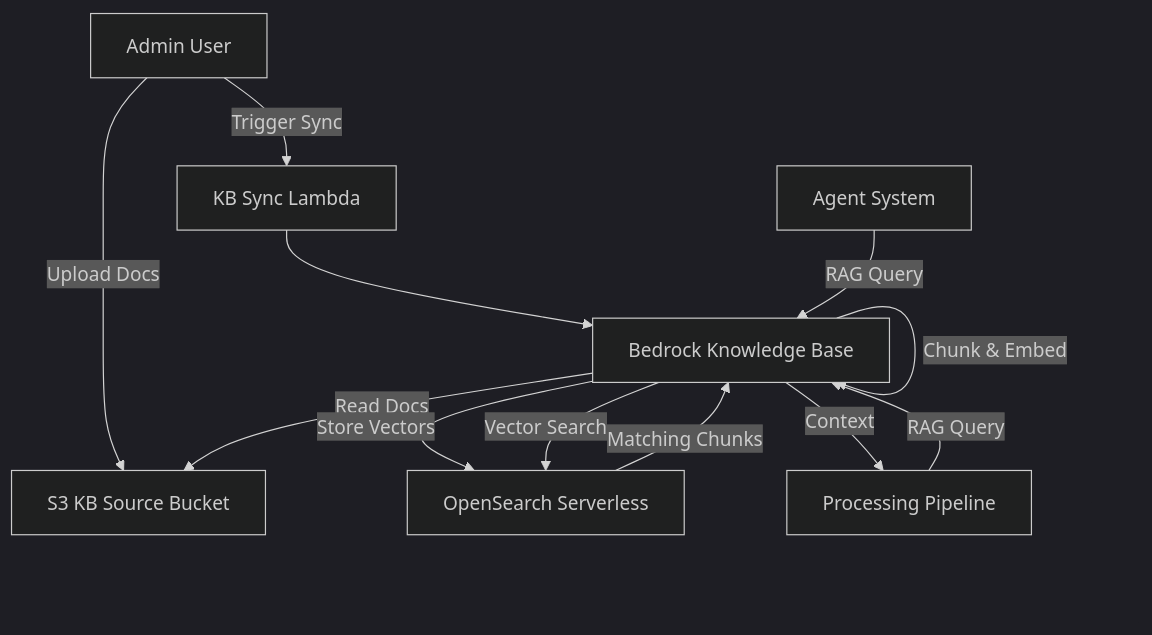
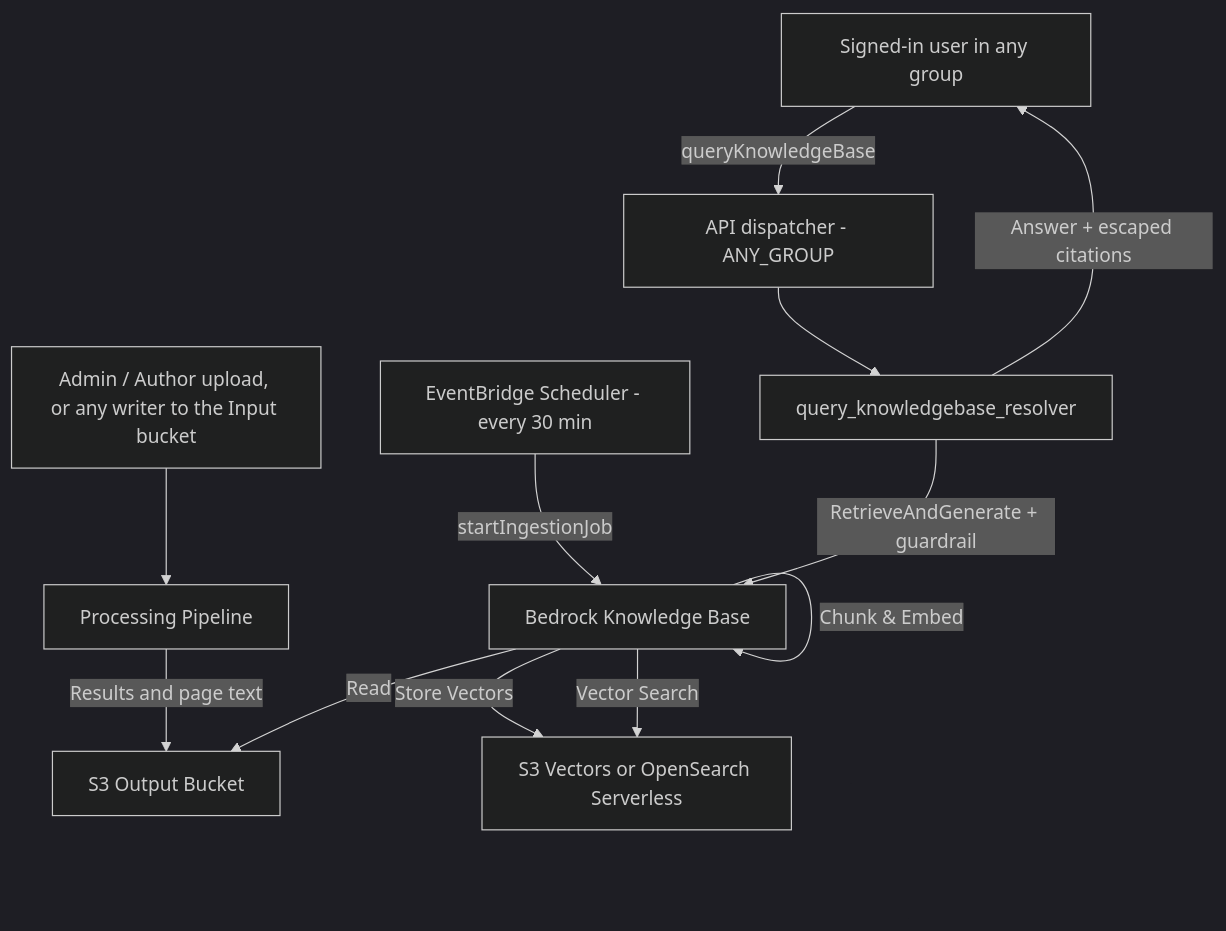
The diagram in security/threat-modeling/feature-threats/knowledge-base.md (aws-solutions-library-samples/accelerated-intelligent-document-processing-on-aws), drawn with Mermaid (dark theme) before and after one commit. The commit also changed other lines of this file and 26 other files, not shown here.

````diff
--- a/security/threat-modeling/feature-threats/knowledge-base.md
+++ b/security/threat-modeling/feature-threats/knowledge-base.md
@@ -25,16 +27,15 @@
 ```mermaid
 flowchart TD
-    Admin[Admin User] -->|Upload Docs| S3KB[S3 KB Source Bucket]
-    Admin -->|Trigger Sync| Lambda[KB Sync Lambda]
-    Lambda --> BedrockKB[Bedrock Knowledge Base]
-    BedrockKB -->|Read Docs| S3KB
+    Upload[Admin / Author upload, or any writer to the Input bucket] --> Pipeline[Processing Pipeline]
+    Pipeline -->|Results and page text| S3Out[S3 Output Bucket]
+    Sched[EventBridge Scheduler - every 30 min] -->|startIngestionJob| BedrockKB[Bedrock Knowledge Base]
+    BedrockKB -->|Read| S3Out
     BedrockKB -->|Chunk & Embed| BedrockKB
-    BedrockKB -->|Store Vectors| OpenSearch[OpenSearch Serverless]
-    
-    Pipeline[Processing Pipeline] -->|RAG Query| BedrockKB
-    BedrockKB -->|Vector Search| OpenSearch
-    OpenSearch -->|Matching Chunks| BedrockKB
-    BedrockKB -->|Context| Pipeline
-    
-    Agent[Agent System] -->|RAG Query| BedrockKB
+    BedrockKB -->|Store Vectors| VS[S3 Vectors or OpenSearch Serverless]
+
+    User[Signed-in user in any group] -->|queryKnowledgeBase| Dispatcher[API dispatcher - ANY_GROUP]
+    Dispatcher --> Resolver[query_knowledgebase_resolver]
+    Resolver -->|RetrieveAndGenerate + guardrail| BedrockKB
+    BedrockKB -->|Vector Search| VS
+    Resolver -->|Answer + escaped citations| User
 ```
````
